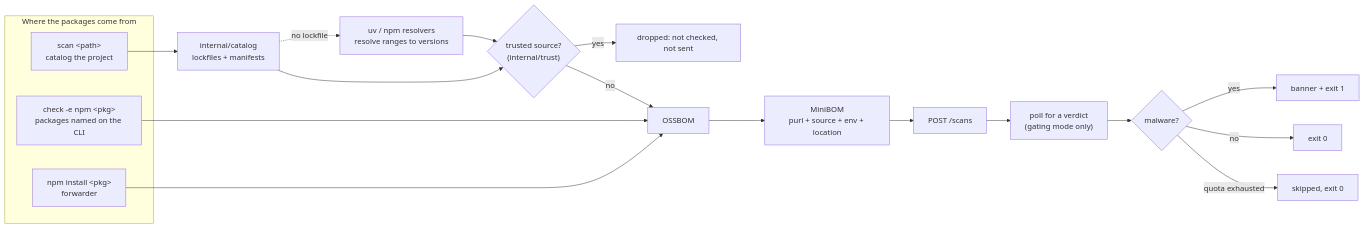
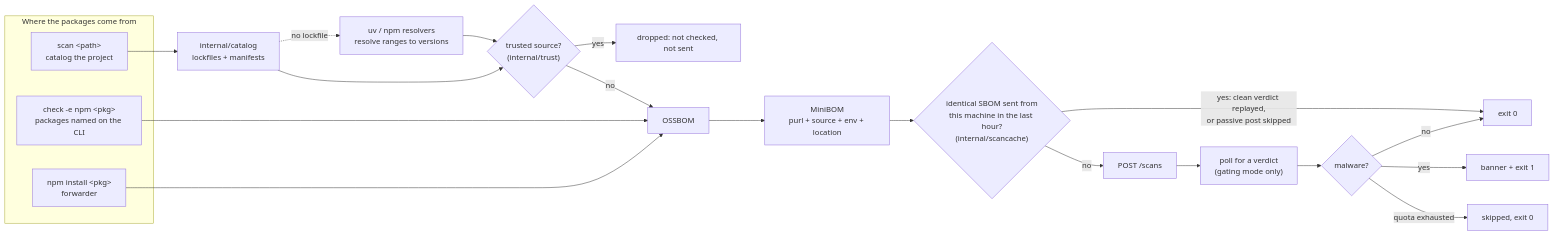
One commit to ossprey/ossprey-cli changed the first of 3 diagrams in docs/architecture.md. Above: the diagram before and after it, drawn with Mermaid. The commit also changed other lines of this file and 6 other files, not shown here.

````diff
--- a/docs/architecture.md
+++ b/docs/architecture.md
@@ -17,24 +24,26 @@
 ```mermaid
 flowchart LR
     subgraph sources["Where the packages come from"]
         A["scan &lt;path&gt;<br/>catalog the project"]
         B["check -e npm &lt;pkg&gt;<br/>packages named on the CLI"]
         C["npm install &lt;pkg&gt;<br/>forwarder"]
     end
 
     A --> D["internal/catalog<br/>lockfiles + manifests"]
     D -. "no lockfile" .-> E["uv / npm resolvers<br/>resolve ranges to versions"]
     E --> T
     D --> T{"trusted source?<br/>(internal/trust)"}
     T -- "yes" --> X["dropped: not checked, not sent"]
     T -- "no" --> F["OSSBOM"]
     B --> F
     C --> F
     F --> G["MiniBOM<br/>purl + source + env + location"]
-    G --> H["POST /scans"]
+    G --> CC{"identical SBOM sent from<br/>this machine in the last hour?<br/>(internal/scancache)"}
+    CC -- "yes: clean verdict replayed,<br/>or passive post skipped" --> L
+    CC -- "no" --> H["POST /scans"]
     H --> I["poll for a verdict<br/>(gating mode only)"]
     I --> J{"malware?"}
     J -- "yes" --> K["banner + exit 1"]
     J -- "no" --> L["exit 0"]
     J -- "quota exhausted" --> M["skipped, exit 0"]
 ```
````
